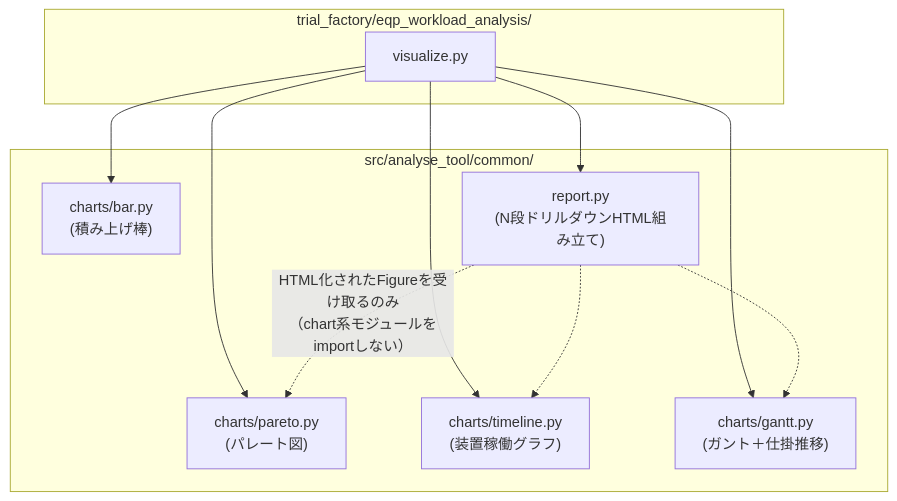
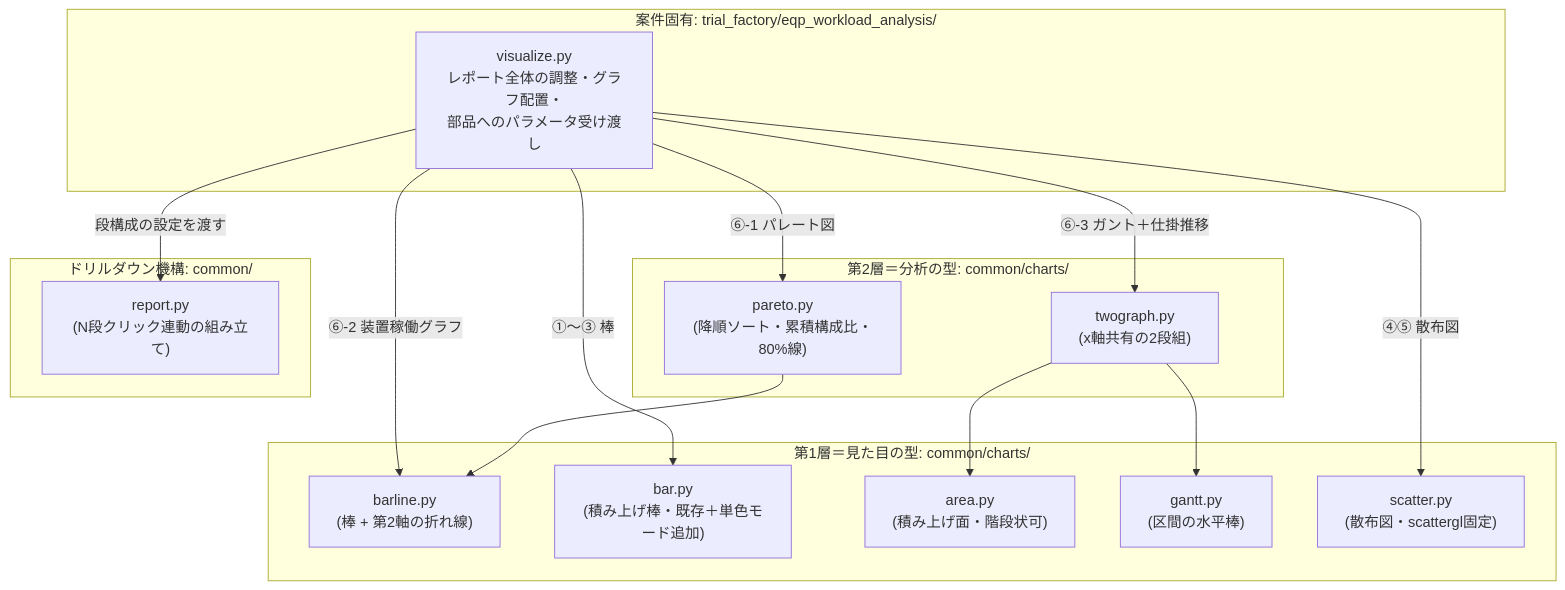
The first of 2 diagrams in .steering/20260830-eqp-workload-analysis/design.md (mukumuyi/AnalyseTool), drawn with Mermaid before and after one commit. The commit also changed other lines of this file, not shown here.

First line of the commit message:
Revise design.md chart module structure to a layered approach

````diff
--- a/.steering/20260830-eqp-workload-analysis/design.md
+++ b/.steering/20260830-eqp-workload-analysis/design.md
@@ -45,22 +51,34 @@
 ```mermaid
 flowchart TD
-    subgraph common["src/analyse_tool/common/"]
-        bar["charts/bar.py<br/>(積み上げ棒)"]
-        pareto["charts/pareto.py<br/>(パレート図)"]
-        timeline["charts/timeline.py<br/>(装置稼働グラフ)"]
-        gantt["charts/gantt.py<br/>(ガント＋仕掛推移)"]
-        report["report.py<br/>(N段ドリルダウンHTML組み立て)"]
-    end
-    subgraph tool["trial_factory/eqp_workload_analysis/"]
-        visualize["visualize.py"]
+    subgraph L3["案件固有: trial_factory/eqp_workload_analysis/"]
+        vis["visualize.py<br/>レポート全体の調整・グラフ配置・<br/>部品へのパラメータ受け渡し"]
     end
 
-    visualize --> bar
-    visualize --> pareto
-    visualize --> timeline
-    visualize --> gantt
-    visualize --> report
-    report -.->|"HTML化されたFigureを受け取るのみ<br/>（chart系モジュールをimportしない）"| pareto
-    report -.-> timeline
-    report -.-> gantt
+    subgraph L2["第2層＝分析の型: common/charts/"]
+        pareto["pareto.py<br/>(降順ソート・累積構成比・80%線)"]
+        twograph["twograph.py<br/>(x軸共有の2段組)"]
+    end
+
+    subgraph L1["第1層＝見た目の型: common/charts/"]
+        barline["barline.py<br/>(棒 + 第2軸の折れ線)"]
+        bar["bar.py<br/>(積み上げ棒・既存＋単色モード追加)"]
+        area["area.py<br/>(積み上げ面・階段状可)"]
+        gantt["gantt.py<br/>(区間の水平棒)"]
+        scatter["scatter.py<br/>(散布図・scattergl固定)"]
+    end
+
+    subgraph SH["ドリルダウン機構: common/"]
+        report["report.py<br/>(N段クリック連動の組み立て)"]
+    end
+
+    vis -->|"⑥-1 パレート図"| pareto
+    vis -->|"⑥-2 装置稼働グラフ"| barline
+    vis -->|"⑥-3 ガント＋仕掛推移"| twograph
+    vis -->|"①〜③ 棒"| bar
+    vis -->|"④⑤ 散布図"| scatter
+    vis -->|"段構成の設定を渡す"| report
+
+    pareto --> barline
+    twograph --> gantt
+    twograph --> area
 ```
````
